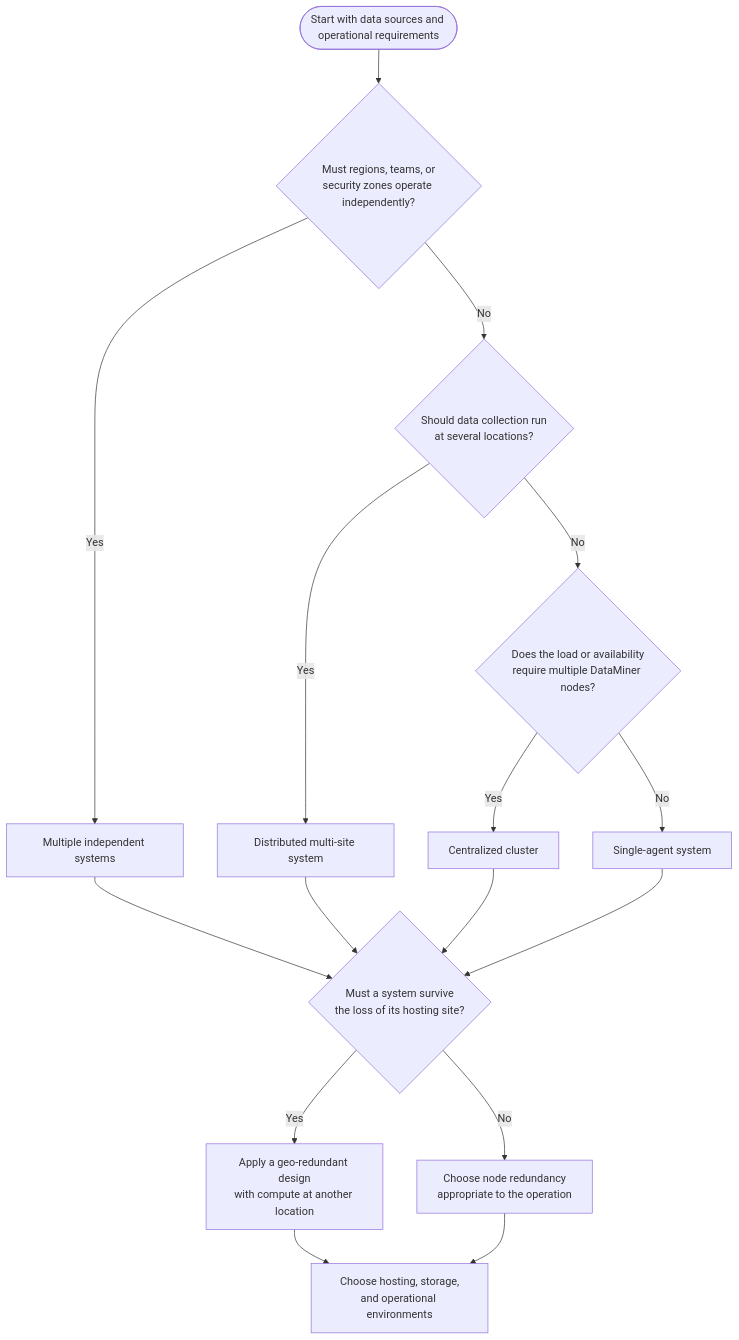
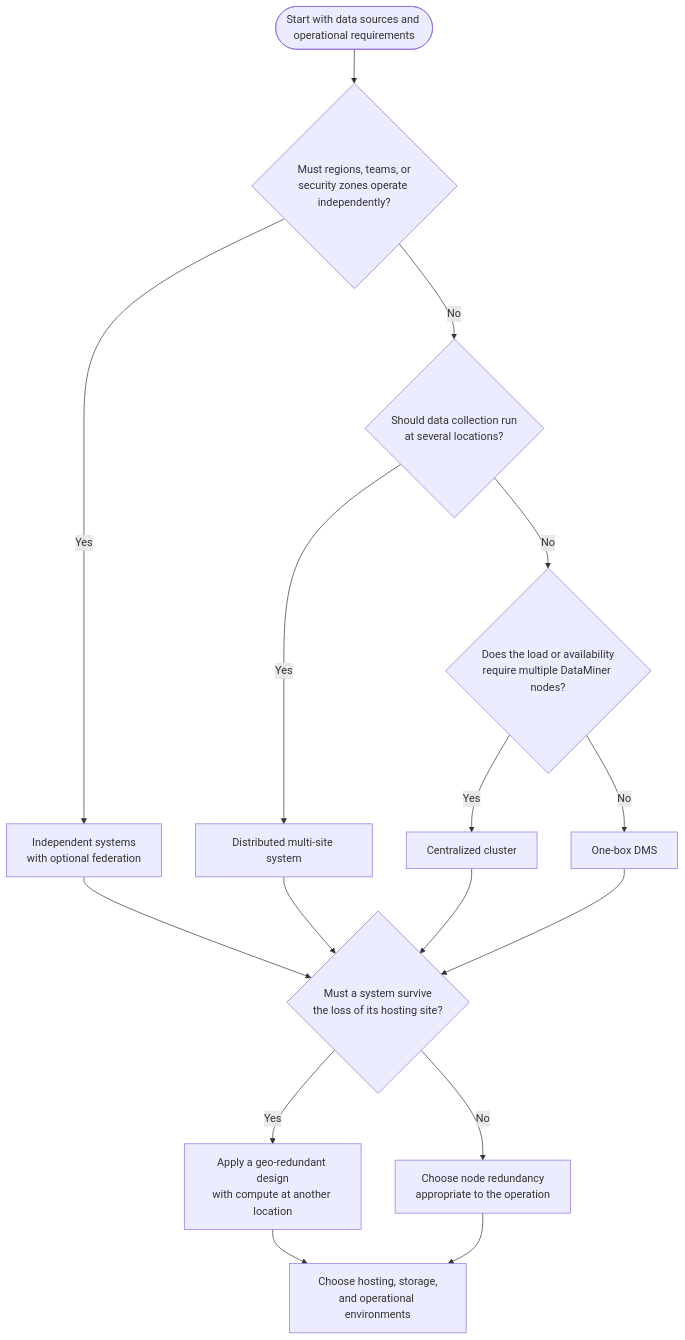
Before and after one commit to SkylineCommunications/dataminer-docs: the diagram in dataminer/About_DataMiner/System_architectures/Architecture_overview.md, drawn with Mermaid. The commit also changed other lines of this file and 12 other files, not shown here.

First line of the commit message:
Refine architecture operations and lab-to-production guidance

````diff
--- a/dataminer/About_DataMiner/System_architectures/Architecture_overview.md
+++ b/dataminer/About_DataMiner/System_architectures/Architecture_overview.md
@@ -44,18 +43,18 @@
 ```mermaid
 flowchart TD
     A([Start with data sources and operational requirements]) --> B{Must regions, teams, or<br/>security zones operate independently?}
-    B -- Yes --> C[Multiple independent systems]
+    B -- Yes --> C[Independent systems<br/>with optional federation]
     B -- No --> D{Should data collection run<br/>at several locations?}
     D -- Yes --> E[Distributed multi-site system]
     D -- No --> F{Does the load or availability<br/>require multiple DataMiner nodes?}
     F -- Yes --> G[Centralized cluster]
-    F -- No --> H[Single-agent system]
+    F -- No --> H[One-box DMS]
     C --> I{Must a system survive<br/>the loss of its hosting site?}
     E --> I
     G --> I
     H --> I
     I -- Yes --> J[Apply a geo-redundant design<br/>with compute at another location]
     I -- No --> K[Choose node redundancy<br/>appropriate to the operation]
     J --> L[Choose hosting, storage,<br/>and operational environments]
     K --> L
 ```
````
